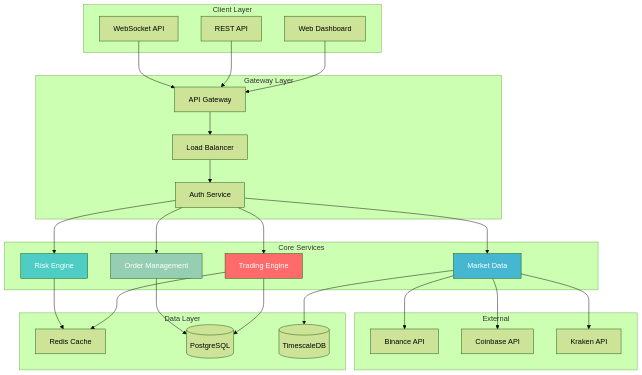
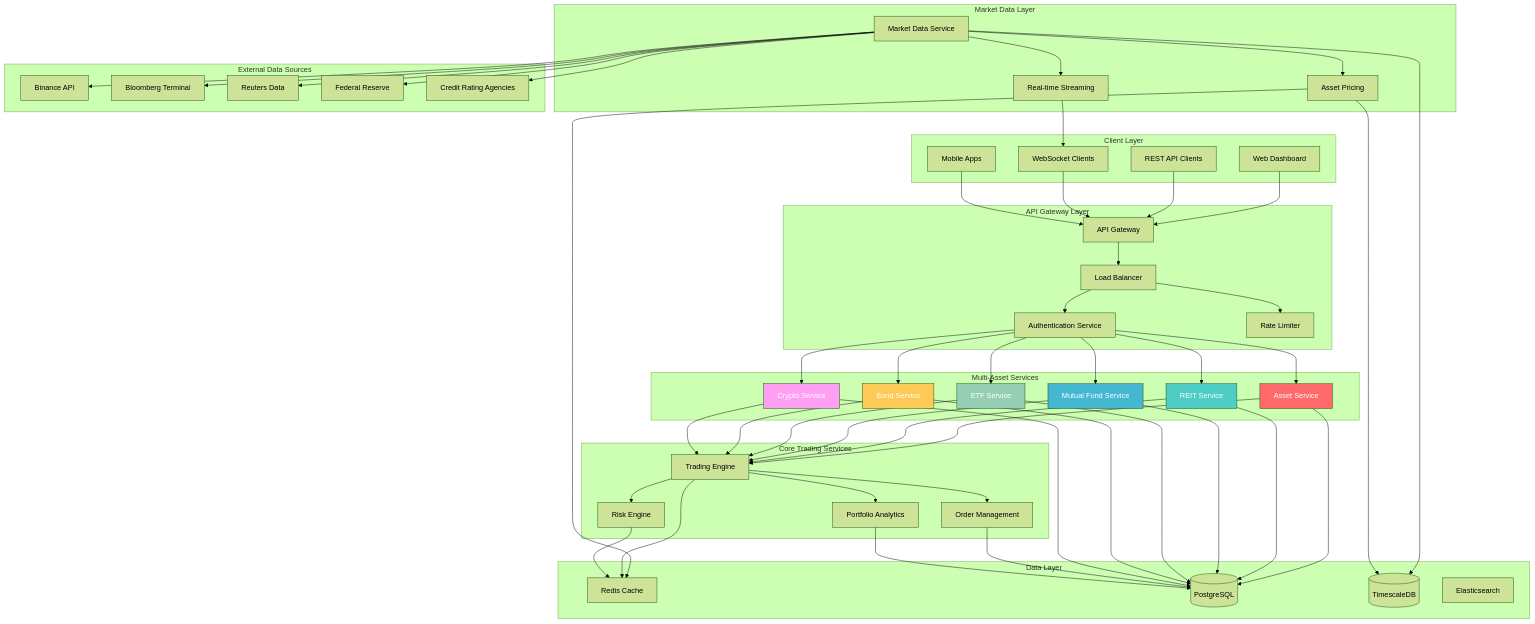
The first of 3 diagrams in README.md (abdoElHodaky/tradSys), drawn with Mermaid (forest theme) before and after one commit. The commit also changed other lines of this file and 1 other file, not shown here.

First line of the commit message:
📚 Complete Documentation & Architecture Update

````diff
--- a/README.md
+++ b/README.md
@@ -96,58 +98,112 @@
 graph TB
     subgraph "Client Layer"
         WEB[Web Dashboard]
-        API[REST API]
-        WS[WebSocket API]
+        API[REST API Clients]
+        WS[WebSocket Clients]
+        MOBILE[Mobile Apps]
     end
     
-    subgraph "Gateway Layer"
+    subgraph "API Gateway Layer"
         GW[API Gateway]
         LB[Load Balancer]
-        AUTH[Auth Service]
+        AUTH[Authentication Service]
+        RATE[Rate Limiter]
     end
     
-    subgraph "Core Services"
+    subgraph "Multi-Asset Services"
+        ASSET[Asset Service]
+        REIT[REIT Service]
+        MF[Mutual Fund Service]
+        ETF[ETF Service]
+        BOND[Bond Service]
+        CRYPTO[Crypto Service]
+    end
+    
+    subgraph "Core Trading Services"
         TRADE[Trading Engine]
         RISK[Risk Engine]
-        MD[Market Data]
         ORDER[Order Management]
+        PORTFOLIO[Portfolio Analytics]
+    end
+    
+    subgraph "Market Data Layer"
+        MD[Market Data Service]
+        PRICING[Asset Pricing]
+        STREAM[Real-time Streaming]
     end
     
     subgraph "Data Layer"
         CACHE[Redis Cache]
         DB[(PostgreSQL)]
         TS[(TimescaleDB)]
+        SEARCH[Elasticsearch]
     end
     
-    subgraph "External"
+    subgraph "External Data Sources"
         BINANCE[Binance API]
-        COINBASE[Coinbase API]
-        KRAKEN[Kraken API]
+        BLOOMBERG[Bloomberg Terminal]
+        REUTERS[Reuters Data]
+        FED[Federal Reserve]
+        RATINGS[Credit Rating Agencies]
     end
     
     WEB --> GW
     API --> GW
     WS --> GW
+    MOBILE --> GW
     
     GW --> LB
     LB --> AUTH
-    AUTH --> TRADE
-    AUTH --> RISK
-    AUTH --> MD
-    AUTH --> ORDER
+    LB --> RATE
+    
+    AUTH --> ASSET
+    AUTH --> REIT
+    AUTH --> MF
+    AUTH --> ETF
+    AUTH --> BOND
+    AUTH --> CRYPTO
+    
+    ASSET --> TRADE
+    REIT --> TRADE
+    MF --> TRADE
+    ETF --> TRADE
+    BOND --> TRADE
+    CRYPTO --> TRADE
+    
+    TRADE --> RISK
+    TRADE --> ORDER
+    TRADE --> PORTFOLIO
+    
+    MD --> PRICING
+    MD --> STREAM
+    PRICING --> CACHE
+    STREAM --> WS
+    
+    ASSET --> DB
+    REIT --> DB
+    MF --> DB
+    ETF --> DB
+    BOND --> DB
+    CRYPTO --> DB
     
     TRADE --> CACHE
-    TRADE --> DB
     RISK --> CACHE
+    ORDER --> DB
+    PORTFOLIO --> DB
+    
     MD --> TS
-    ORDER --> DB
+    PRICING --> TS
     
     MD --> BINANCE
-    MD --> COINBASE
-    MD --> KRAKEN
+    MD --> BLOOMBERG
+    MD --> REUTERS
+    MD --> FED
+    MD --> RATINGS
     
-    style TRADE fill:#FF6B6B,color:#fff
-    style RISK fill:#4ECDC4,color:#fff
-    style MD fill:#45B7D1,color:#fff
-    style ORDER fill:#96CEB4,color:#fff
+    style ASSET fill:#FF6B6B,color:#fff
+    style REIT fill:#4ECDC4,color:#fff
+    style MF fill:#45B7D1,color:#fff
+    style ETF fill:#96CEB4,color:#fff
+    style BOND fill:#FECA57,color:#fff
+    style CRYPTO fill:#FF9FF3,color:#fff
 ```
````
